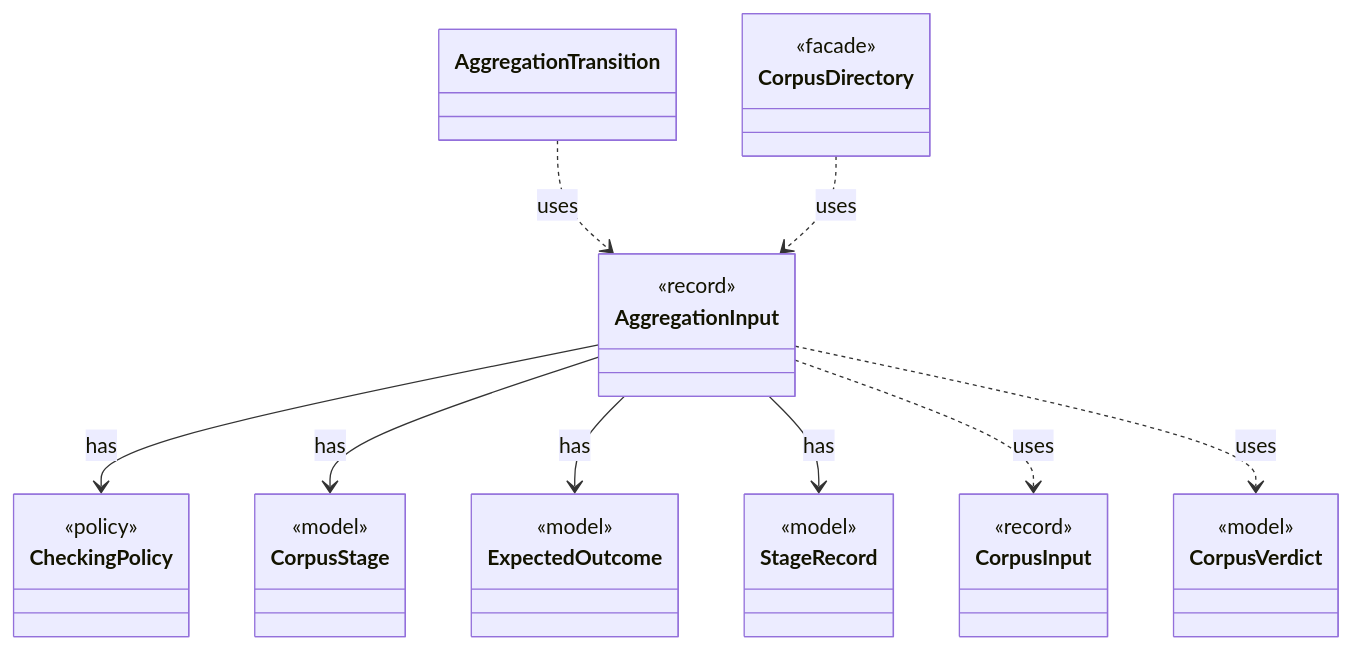
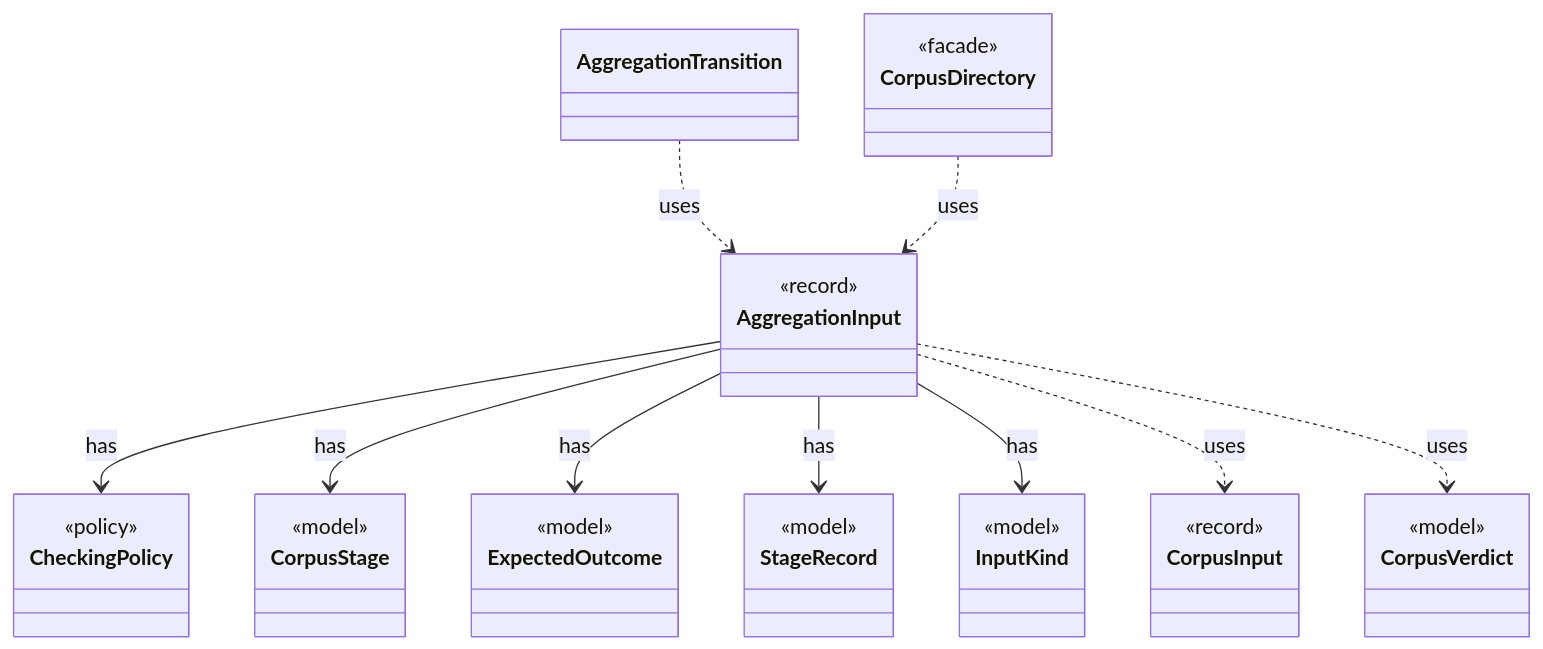
One commit to tlaplus/model-checker-hardening changed the diagram in dev/types/io.github.tlaplus.hardening.corpus.AggregationInput.md. Above: the diagram before and after it, drawn with Mermaid. The commit also changed other lines of this file and 454 other files, not shown here.

````diff
--- a/dev/types/io.github.tlaplus.hardening.corpus.AggregationInput.md
+++ b/dev/types/io.github.tlaplus.hardening.corpus.AggregationInput.md
@@ -9,36 +9,40 @@
 ```mermaid
 classDiagram
   class AggregationInput {
     <<record>>
   }
   class CheckingPolicy {
     <<policy>>
   }
   class CorpusStage {
     <<model>>
   }
   class ExpectedOutcome {
     <<model>>
   }
   class StageRecord {
     <<model>>
   }
+  class InputKind {
+    <<model>>
+  }
   class CorpusInput {
     <<record>>
   }
   class CorpusVerdict {
     <<model>>
   }
   class AggregationTransition
   class CorpusDirectory {
     <<facade>>
   }
   AggregationInput --> CheckingPolicy : has
   AggregationInput --> CorpusStage : has
   AggregationInput --> ExpectedOutcome : has
   AggregationInput --> StageRecord : has
+  AggregationInput --> InputKind : has
   AggregationInput ..> CorpusInput : uses
   AggregationInput ..> CorpusVerdict : uses
   AggregationTransition ..> AggregationInput : uses
   CorpusDirectory ..> AggregationInput : uses
 ```
````
